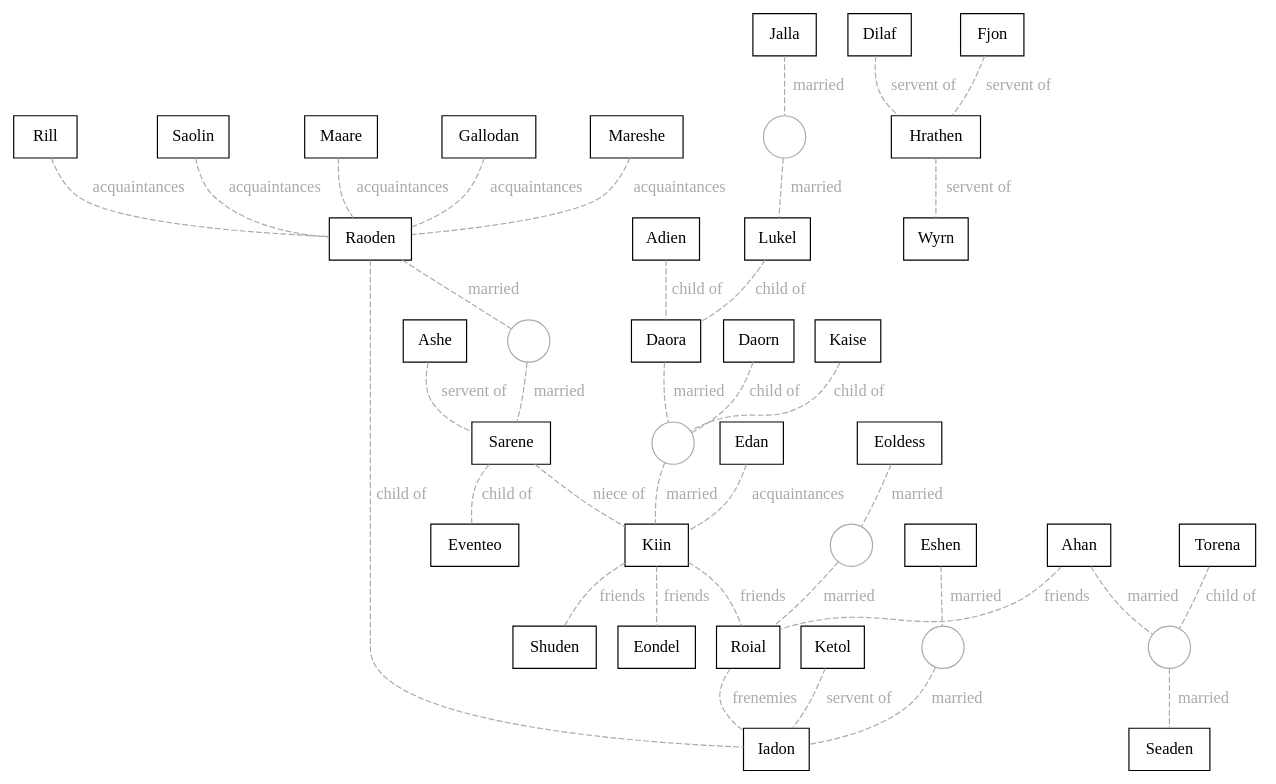
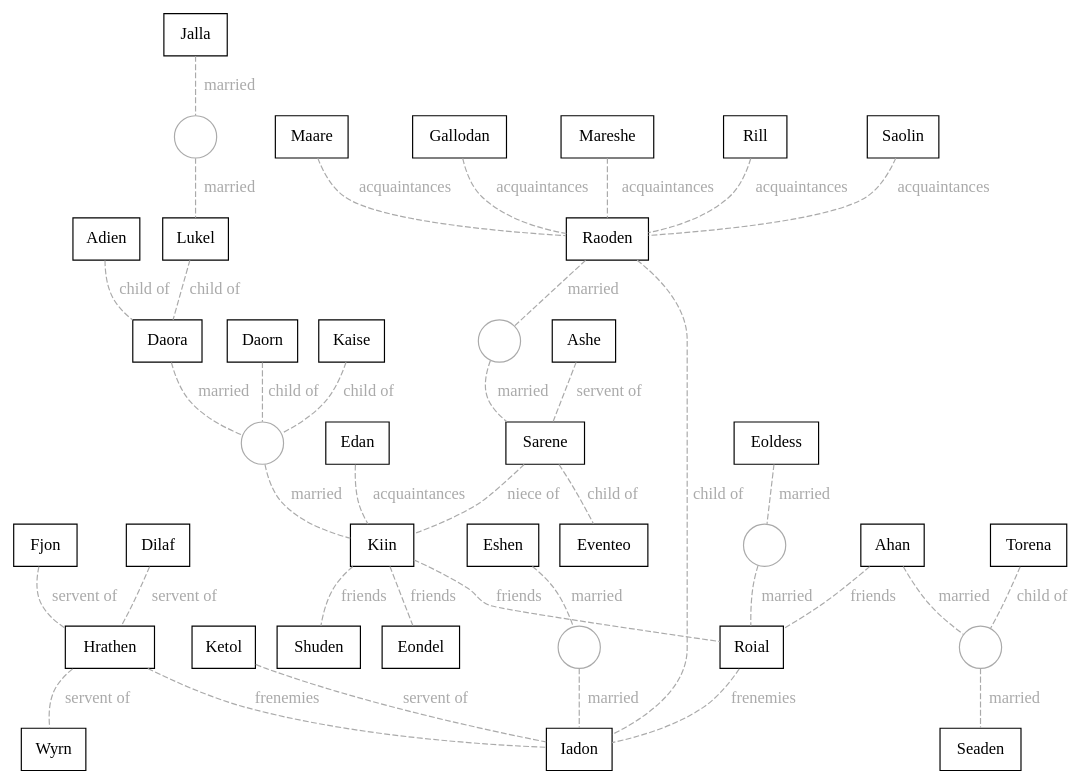
One commit to christopherball/christopherball.github.io changed the diagram in tech/networkVisualizer/dot/elantris.dot. Above: the diagram before and after it, drawn with Graphviz.

Commit message:
Updates to elantris.dot

```diff
--- a/tech/networkVisualizer/dot/elantris.dot
+++ b/tech/networkVisualizer/dot/elantris.dot
@@ -1,112 +1,113 @@
 digraph {
   // Global properties
   edge [dir=none, color="#AAAAAA", arrowhead="none"]
   compound=true
 
   // Characters
   subgraph Males {
     node [color="black", fillcolor="lightblue", shape="box"]
     Adien
     Ahan
     Ashe
     Daorn
     Dilaf
     Edan
     Eondel
     Eventeo
     Fjon
     Gallodan
     Hrathen
     Iadon
     Ketol
     Kiin
     Lukel
     Mareshe
     Raoden
     Rill
     Roial
     Saolin
     Shuden
     Wyrn
   }
   subgraph Females {
     node [color="black", fillcolor="pink", shape="box"]
     Daora
     Eoldess
     Eshen
     Jalla
     Kaise
     Maare
     Sarene
     Seaden
     Torena
   }
 
   // Married
   edge [label="married", dir=none, color="#AAAAAA", arrowhead="none", style="dashed", fontcolor="#AAAAAA"]
   node [color="#AAAAAA", fillcolor="transparent" shape="circle" label=""]
   Eshen -> mar_Eshen_Iadon -> Iadon
   Raoden -> mar_Raoden_Sarene -> Sarene
   Daora -> mar_Daora_Kiin -> Kiin
   Jalla -> mar_Jalla_Lukel -> Lukel
   Eoldess -> mar_Eoldess_Roial -> Roial
   Ahan -> mar_Ahan_Seaden -> Seaden
 
   // Lovers
   edge [label="lovers", dir=none, color="#AAAAAA", arrowhead="none", style="dashed", fontcolor="#AAAAAA"]
   node [color="#AAAAAA", fillcolor="transparent" shape="circle" label=""]
 
   // Cousins
   edge [label="cousins", dir=none, color="#AAAAAA", arrowhead="none", fontcolor="#AAAAAA"]
 
   // Friends
   edge [label="friends", dir=none, color="#AAAAAA", arrowhead="none", fontcolor="#AAAAAA"]
   Kiin -> Roial
   Kiin -> Eondel
   Kiin -> Shuden
   Ahan -> Roial
 
   // Frenemies
   edge [label="frenemies", dir=none, color="#AAAAAA", arrowhead="none", fontcolor="#AAAAAA"]
   Roial -> Iadon
+  Hrathen -> Iadon
 
   // Acquaintances
   edge [label="acquaintances", dir=none, color="#AAAAAA", arrowhead="none", fontcolor="#AAAAAA"]
   Gallodan -> Raoden
   Mareshe -> Raoden
   Rill -> Raoden
   Saolin -> Raoden
   Maare -> Raoden
   Edan -> Kiin
 
   // Child Of
   edge [label="child of", dir=forward, color="#AAAAAA", arrowhead="none", fontcolor="#AAAAAA"]
   Sarene -> Eventeo
   Raoden -> Iadon
   Kaise -> mar_Daora_Kiin
   Daorn -> mar_Daora_Kiin
   Lukel -> Daora
   Adien -> Daora
   Torena -> mar_Ahan_Seaden
 
   // Foster Child Of
   edge [label="foster child of", dir=forward, color="#AAAAAA", arrowhead="none", fontcolor="#AAAAAA"]
 
   // Lieutenant Of
   edge [label="lieutenant of", dir=forward, color="#AAAAAA", arrowhead="none", fontcolor="#AAAAAA"]
 
   // Servent Of
   edge [label="servent of", dir=forward, color="#AAAAAA", arrowhead="none", fontcolor="#AAAAAA"]
   Ketol -> Iadon
   Ashe -> Sarene
   Dilaf -> Hrathen
   Fjon -> Hrathen
   Hrathen -> Wyrn
 
   // Nephew Of
   edge [label="nephew of", dir=forward, color="#AAAAAA", arrowhead="none", fontcolor="#AAAAAA"]
 
   // Niece Of
   edge [label="niece of", dir=forward, color="#AAAAAA", arrowhead="none", fontcolor="#AAAAAA"]
   Sarene -> Kiin
 }
```
